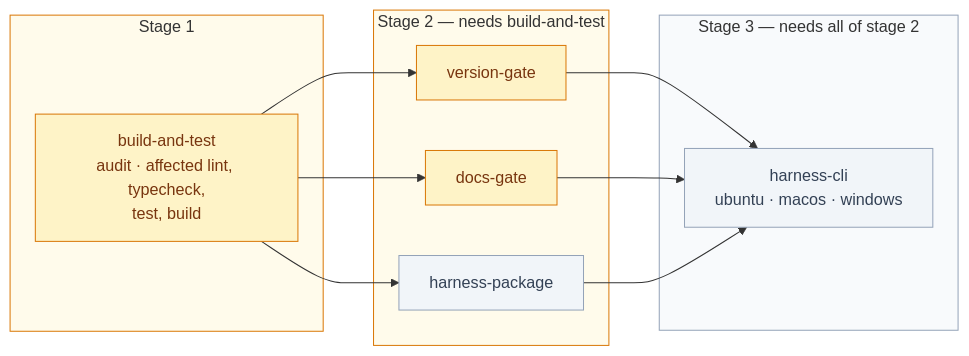
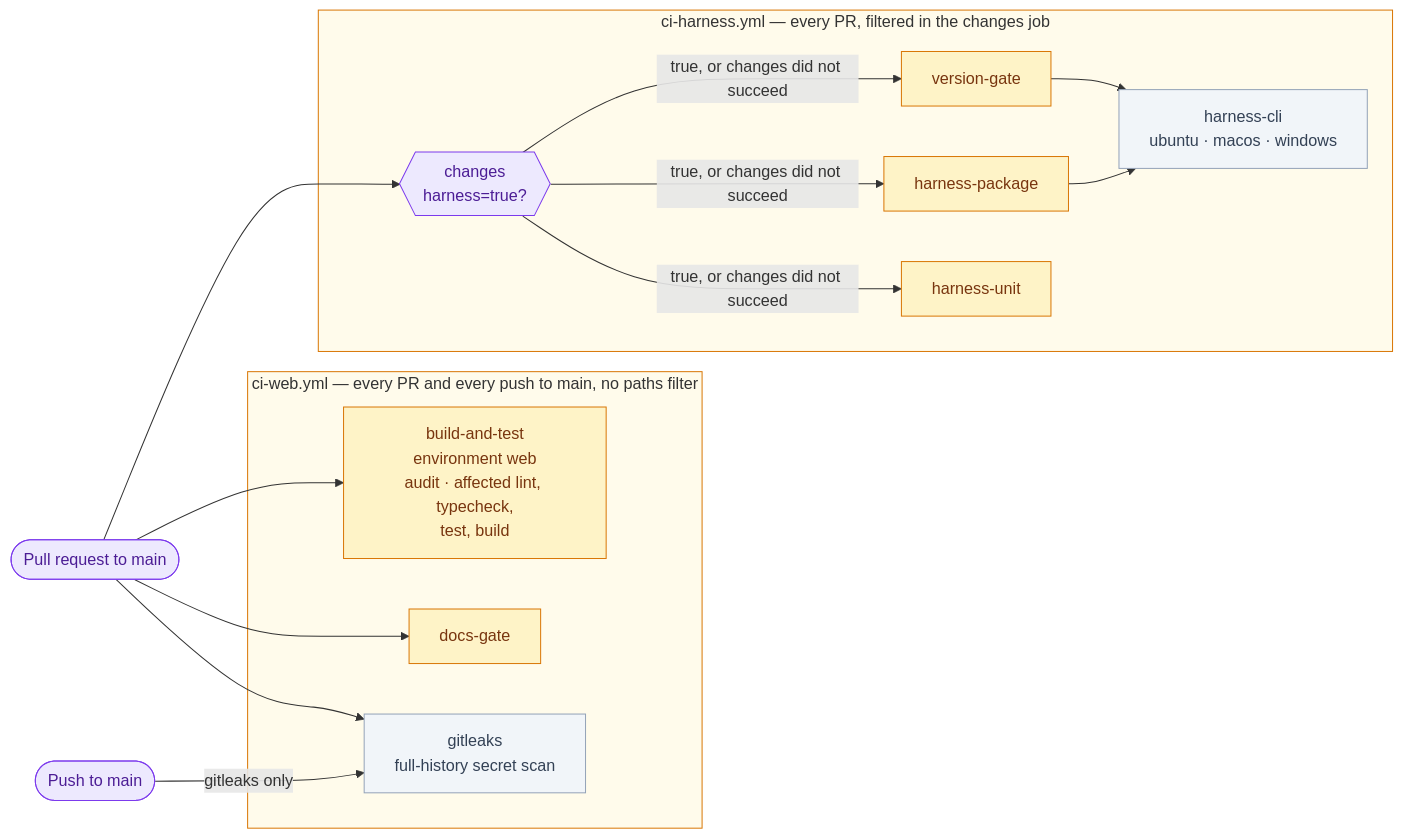
The second of 2 diagrams in docs/Engineering Guide/09 CI-CD.md (DataArt/artisyn-implementation-harness), drawn with Mermaid before and after one commit. The commit also changed other lines of this file and 30 other files, not shown here.

First line of the commit message:
ci: split CI into ci-web and ci-harness, deploy site and harness from… (#22)

````diff
--- a/docs/Engineering Guide/09 CI-CD.md
+++ b/docs/Engineering Guide/09 CI-CD.md
@@ -81,23 +89,30 @@
 ```mermaid
 flowchart LR
-    subgraph S1 ["  Stage 1  "]
-        BT["build-and-test\naudit · affected lint, typecheck,\ntest, build"]:::gate
+    PR(["Pull request to main"]):::trigger
+    PUSH(["Push to main"]):::trigger
+
+    subgraph WEB ["  ci-web.yml — every PR and every push to main, no paths filter  "]
+        BT["build-and-test\nenvironment web\naudit · affected lint, typecheck,\ntest, build"]:::gate
+        DG["docs-gate"]:::gate
+        GL["gitleaks\nfull-history secret scan"]:::advisory
     end
-    subgraph S2 ["  Stage 2 — needs build-and-test  "]
+    subgraph HAR ["  ci-harness.yml — every PR, filtered in the changes job  "]
+        CH{{"changes\nharness=true?"}}:::trigger
         VG["version-gate"]:::gate
-        DG["docs-gate"]:::gate
-        HP["harness-package"]:::advisory
-    end
-    subgraph S3 ["  Stage 3 — needs all of stage 2  "]
+        HP["harness-package"]:::gate
+        HU["harness-unit"]:::gate
         HC["harness-cli\nubuntu · macos · windows"]:::advisory
     end
 
-    BT --> VG & DG & HP
-    VG & DG & HP --> HC
+    PR --> BT & DG & GL
+    PUSH -->|"gitleaks only"| GL
+    PR --> CH
+    CH -->|"true, or changes did not succeed"| VG & HP & HU
+    VG & HP --> HC
 
+    classDef trigger fill:#EDE9FE,stroke:#7C3AED,color:#4c1d95
     classDef gate fill:#FEF3C7,stroke:#D97706,color:#78350f
     classDef advisory fill:#F1F5F9,stroke:#94A3B8,color:#334155
-    style S1 fill:#FFFBEB,stroke:#D97706
-    style S2 fill:#FFFBEB,stroke:#D97706
-    style S3 fill:#F8FAFC,stroke:#94A3B8
+    style WEB fill:#FFFBEB,stroke:#D97706
+    style HAR fill:#FFFBEB,stroke:#D97706
 ```
````
